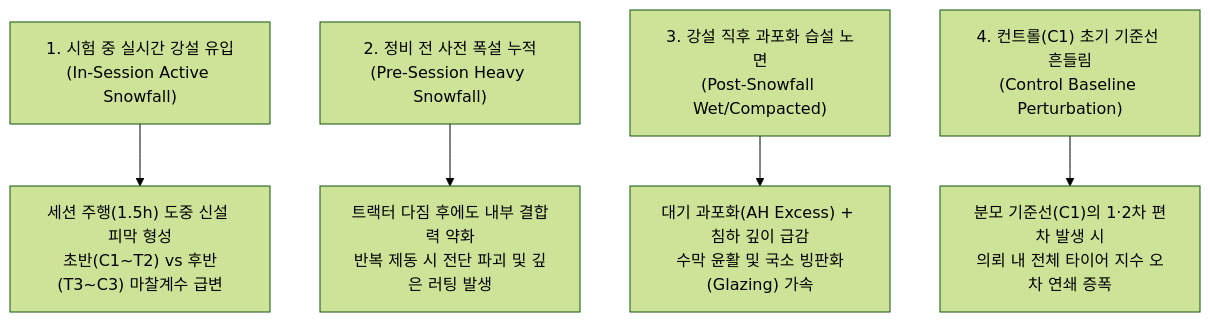
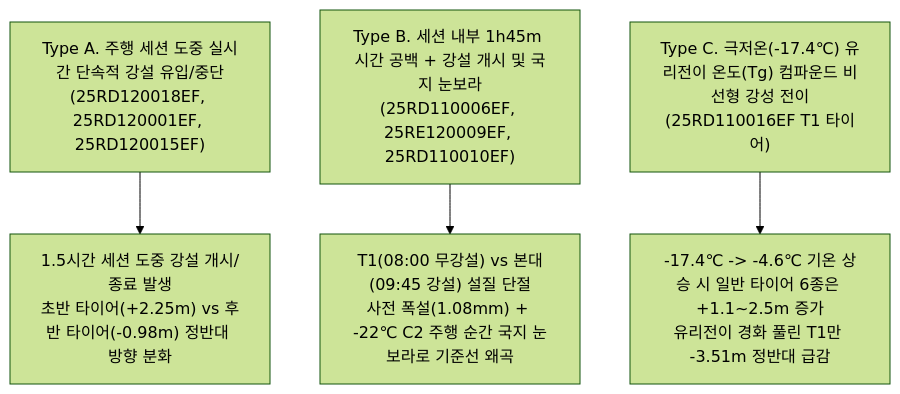
Before and after one commit to uunnooo/00_obsidian: the sixth of 6 diagrams in 04_Resources/30_스노우_노면_공학/31_스노우_노면_디지털트윈_및_제동성능_보정_위키.md, drawn with Mermaid (forest theme). The commit also changed other lines of this file and 1 other file, not shown here.

````diff
--- a/04_Resources/30_스노우_노면_공학/31_스노우_노면_디지털트윈_및_제동성능_보정_위키.md
+++ b/04_Resources/30_스노우_노면_공학/31_스노우_노면_디지털트윈_및_제동성능_보정_위키.md
@@ -530,7 +554,6 @@
 ```mermaid
 flowchart TD
-    M1["1. 시험 중 실시간 강설 유입\n(In-Session Active Snowfall)"] --> E1["세션 주행(1.5h) 도중 신설 피막 형성\n초반(C1~T2) vs 후반(T3~C3) 마찰계수 급변"]
-    M2["2. 정비 전 사전 폭설 누적\n(Pre-Session Heavy Snowfall)"] --> E2["트랙터 다짐 후에도 내부 결합력 약화\n반복 제동 시 전단 파괴 및 깊은 러팅 발생"]
-    M3["3. 강설 직후 과포화 습설 노면\n(Post-Snowfall Wet/Compacted)"] --> E3["대기 과포화(AH Excess) + 침하 깊이 급감\n수막 윤활 및 국소 빙판화(Glazing) 가속"]
-    M4["4. 컨트롤(C1) 초기 기준선 흔들림\n(Control Baseline Perturbation)"] --> E4["분모 기준선(C1)의 1·2차 편차 발생 시\n의뢰 내 전체 타이어 지수 오차 연쇄 증폭"]
+    M1["Type A. 주행 세션 도중 실시간 단속적 강설 유입/중단\n(25RD120018EF, 25RD120001EF, 25RD120015EF)"] --> E1["1.5시간 세션 도중 강설 개시/종료 발생\n초반 타이어(+2.25m) vs 후반 타이어(-0.98m) 정반대 방향 분화"]
+    M2["Type B. 세션 내부 1h45m 시간 공백 + 강설 개시 및 국지 눈보라\n(25RD110006EF, 25RE120009EF, 25RD110010EF)"] --> E2["T1(08:00 무강설) vs 본대(09:45 강설) 설질 단절\n사전 폭설(1.08mm) + -22℃ C2 주행 순간 국지 눈보라로 기준선 왜곡"]
+    M3["Type C. 극저온(-17.4℃) 유리전이 온도(Tg) 컴파운드 비선형 강성 전이\n(25RD110016EF T1 타이어)"] --> E3["-17.4℃ -> -4.6℃ 기온 상승 시 일반 타이어 6종은 +1.1~2.5m 증가\n유리전이 경화 풀린 T1만 -3.51m 정반대 급감"]
 ```
````
